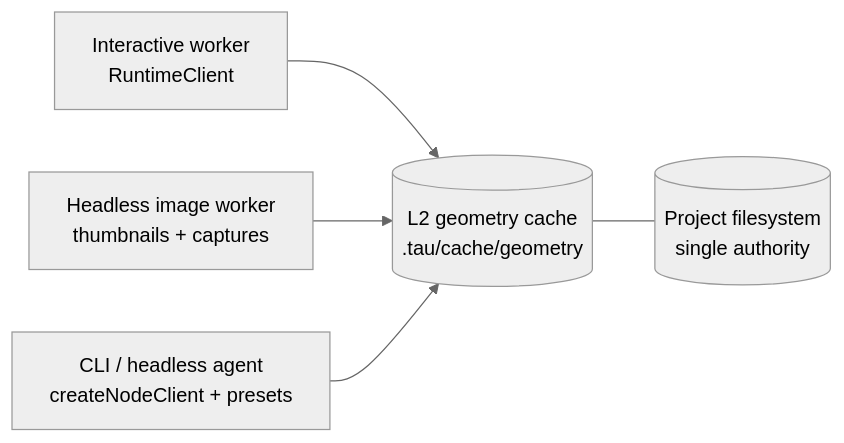
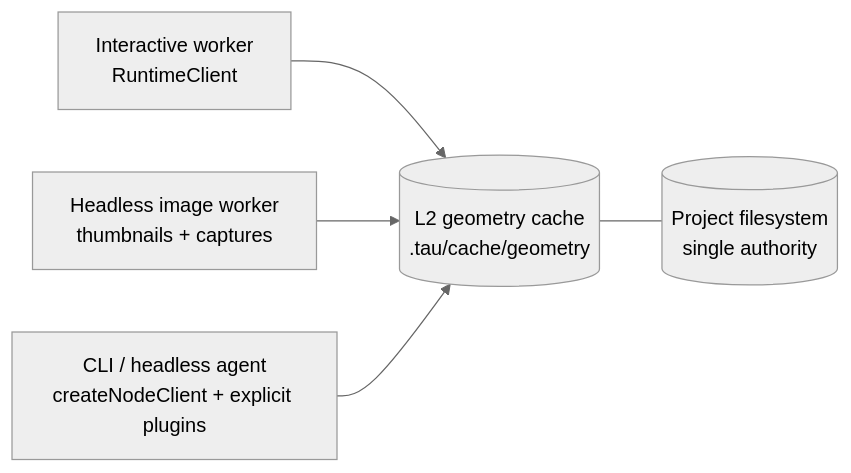
One commit to taucad/tau changed the diagram in docs/policy/runtime-architecture-policy.md. Above: the diagram before and after it, drawn with Mermaid (neutral theme). The commit also changed other lines of this file and 14 other files, not shown here.

Commit message:
docs(root): Define runtime plugin package architecture

````diff
--- a/docs/policy/runtime-architecture-policy.md
+++ b/docs/policy/runtime-architecture-policy.md
@@ -538,7 +582,7 @@
 ```mermaid
 flowchart LR
     IW[Interactive worker\nRuntimeClient] --> L2[(L2 geometry cache\n.tau/cache/geometry)]
     HW[Headless image worker\nthumbnails + captures] --> L2
-    CLI[CLI / headless agent\ncreateNodeClient + presets] --> L2
+    CLI[CLI / headless agent\ncreateNodeClient + explicit plugins] --> L2
     L2 --- FS[(Project filesystem\nsingle authority)]
 ```
````
